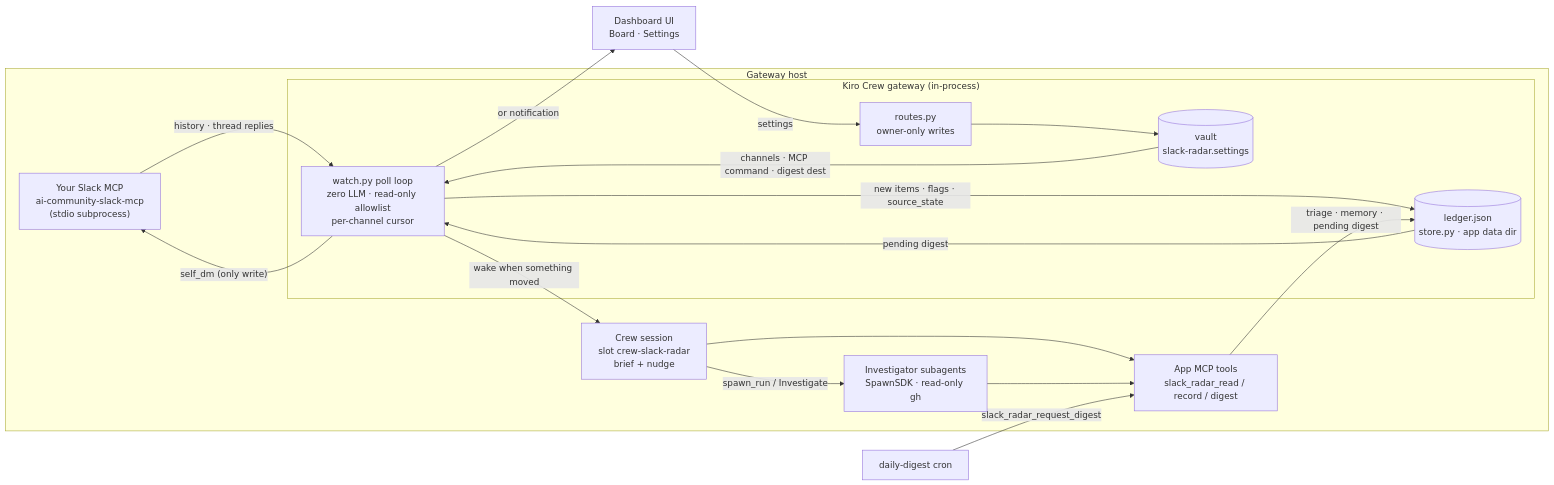
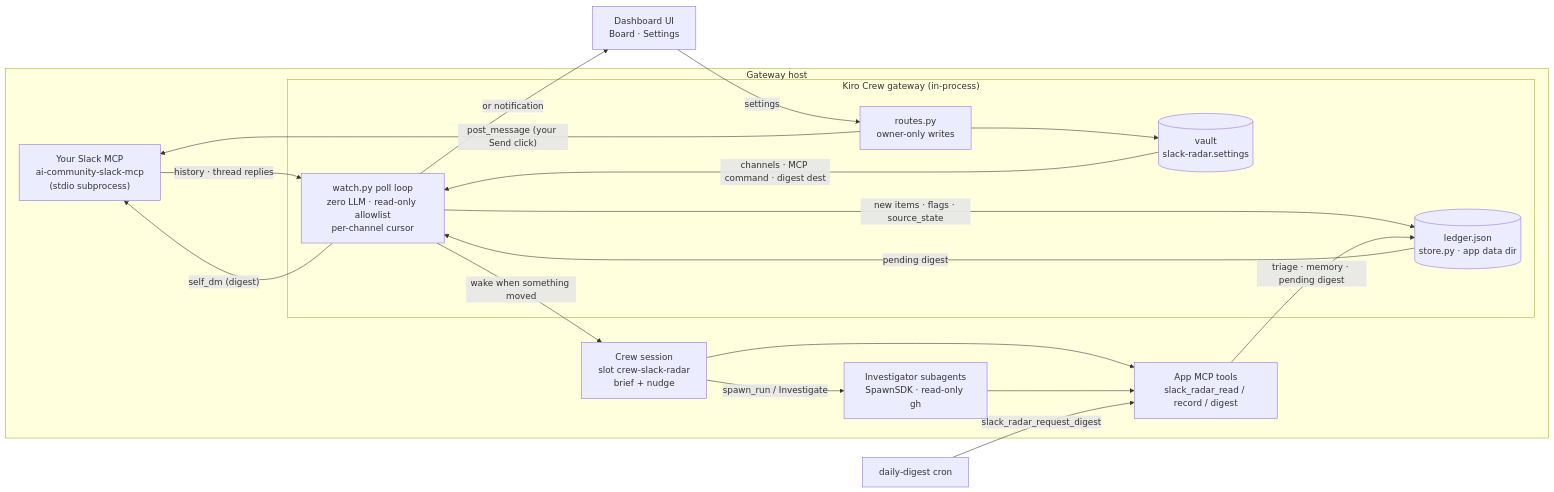
One commit to iamwhatever/slack-radar changed the first of 2 diagrams in README.md. Above: the diagram before and after it, drawn with Mermaid. The commit also changed other lines of this file and 22 other files, not shown here.

````diff
--- a/README.md
+++ b/README.md
@@ -44,29 +44,30 @@
 ```mermaid
 flowchart LR
   subgraph host["Gateway host"]
     MCP["Your Slack MCP<br/>ai-community-slack-mcp<br/>(stdio subprocess)"]
     subgraph gw["Kiro Crew gateway (in-process)"]
       W["watch.py poll loop<br/>zero LLM · read-only allowlist<br/>per-channel cursor"]
       L[("ledger.json<br/>store.py · app data dir")]
       R["routes.py<br/>owner-only writes"]
       V[("vault<br/>slack-radar.settings")]
     end
     C["Crew session<br/>slot crew-slack-radar<br/>brief + nudge"]
     I["Investigator subagents<br/>SpawnSDK · read-only gh"]
     T["App MCP tools<br/>slack_radar_read / record / digest"]
   end
   UI["Dashboard UI<br/>Board · Settings"]
   MCP -- "history · thread replies" --> W
   W -- "new items · flags · source_state" --> L
   W -- "wake when something moved" --> C
   C -- "spawn_run / Investigate" --> I
   C --> T
   I --> T
   T -- "triage · memory · pending digest" --> L
   L -- "pending digest" --> W
-  W -- "self_dm (only write)" --> MCP
+  W -- "self_dm (digest)" --> MCP
+  R -- "post_message (your Send click)" --> MCP
   W -- "or notification" --> UI
   UI -- "settings" --> R --> V
   V -- "channels · MCP command · digest dest" --> W
   CRON["daily-digest cron"] -- "slack_radar_request_digest" --> T
 ```
````
